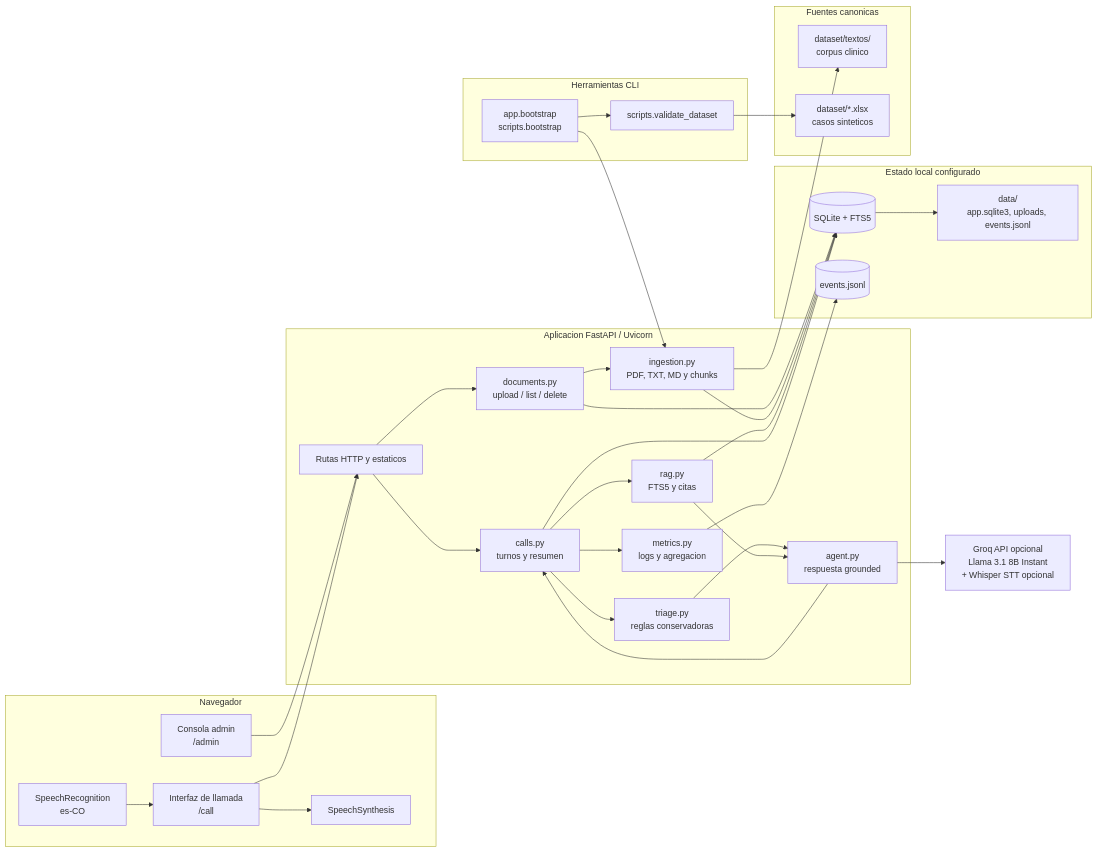
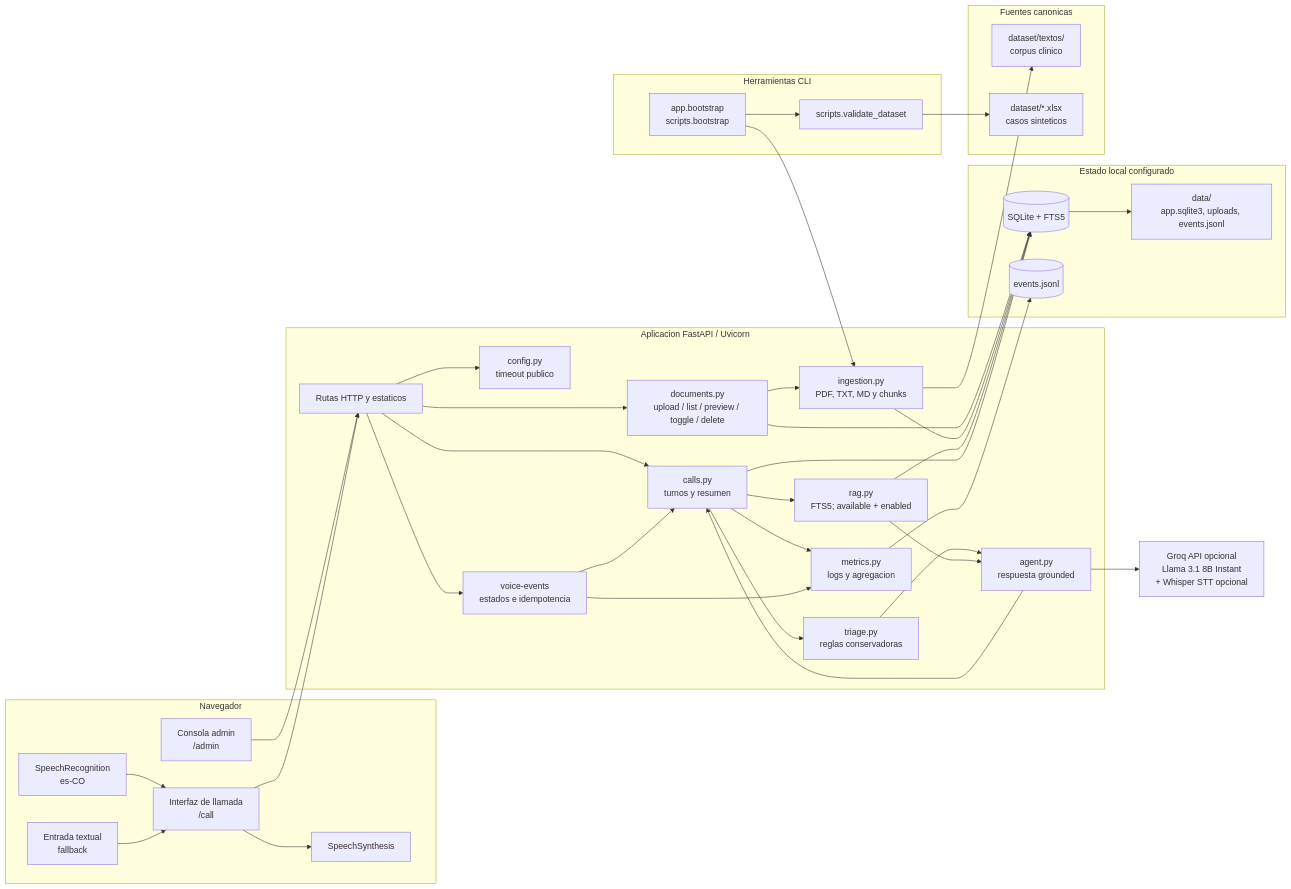
One commit to JhofredCam/TechSphereChallenge changed the first of 3 diagrams in docs/arquitectura.md. Above: the diagram before and after it, drawn with Mermaid. The commit also changed other lines of this file and 56 other files, not shown here.

````diff
--- a/docs/arquitectura.md
+++ b/docs/arquitectura.md
@@ -54,63 +57,71 @@
 ```mermaid
 flowchart LR
     subgraph Browser["Navegador"]
         Admin["Consola admin<br/>/admin"]
         Call["Interfaz de llamada<br/>/call"]
         SpeechIn["SpeechRecognition<br/>es-CO"]
         SpeechOut["SpeechSynthesis"]
+        TextFallback["Entrada textual<br/>fallback"]
     end
 
     subgraph API["Aplicacion FastAPI / Uvicorn"]
         Routes["Rutas HTTP y estaticos"]
-        Documents["documents.py<br/>upload / list / delete"]
+        Config["config.py<br/>timeout publico"]
+        Documents["documents.py<br/>upload / list / preview / toggle / delete"]
         Ingestion["ingestion.py<br/>PDF, TXT, MD y chunks"]
-        RAG["rag.py<br/>FTS5 y citas"]
+        RAG["rag.py<br/>FTS5; available + enabled"]
         Agent["agent.py<br/>respuesta grounded"]
         Triage["triage.py<br/>reglas conservadoras"]
         Calls["calls.py<br/>turnos y resumen"]
+        VoiceEvents["voice-events<br/>estados e idempotencia"]
         Metrics["metrics.py<br/>logs y agregacion"]
     end
 
     subgraph Local["Estado local configurado"]
         DB[("SQLite + FTS5")]
         JSONL[("events.jsonl")]
         Data["data/<br/>app.sqlite3, uploads, events.jsonl"]
     end
 
     subgraph Sources["Fuentes canonicas"]
         Corpus["dataset/textos/<br/>corpus clinico"]
         XLSX["dataset/*.xlsx<br/>casos sinteticos"]
     end
 
     subgraph Tools["Herramientas CLI"]
         Bootstrap["app.bootstrap<br/>scripts.bootstrap"]
         Validate["scripts.validate_dataset"]
     end
 
     Groq["Groq API opcional<br/>Llama 3.1 8B Instant<br/>+ Whisper STT opcional"]
 
     Admin --> Routes
     Call --> Routes
     SpeechIn --> Call
+    TextFallback --> Call
     Call --> SpeechOut
     Routes --> Documents
     Routes --> Calls
+    Routes --> Config
+    Routes --> VoiceEvents
     Documents --> Ingestion
     Documents --> DB
     Ingestion --> Corpus
     Ingestion --> DB
     Bootstrap --> Validate
     Validate --> XLSX
     Bootstrap --> Ingestion
     Calls --> Triage
     Calls --> RAG
+    VoiceEvents --> Calls
     Triage --> Agent
     RAG --> Agent
     RAG --> DB
     Agent --> Groq
     Agent --> Calls
     Calls --> DB
     Calls --> Metrics
+    VoiceEvents --> Metrics
     Metrics --> JSONL
     DB --> Data
 ```
````
